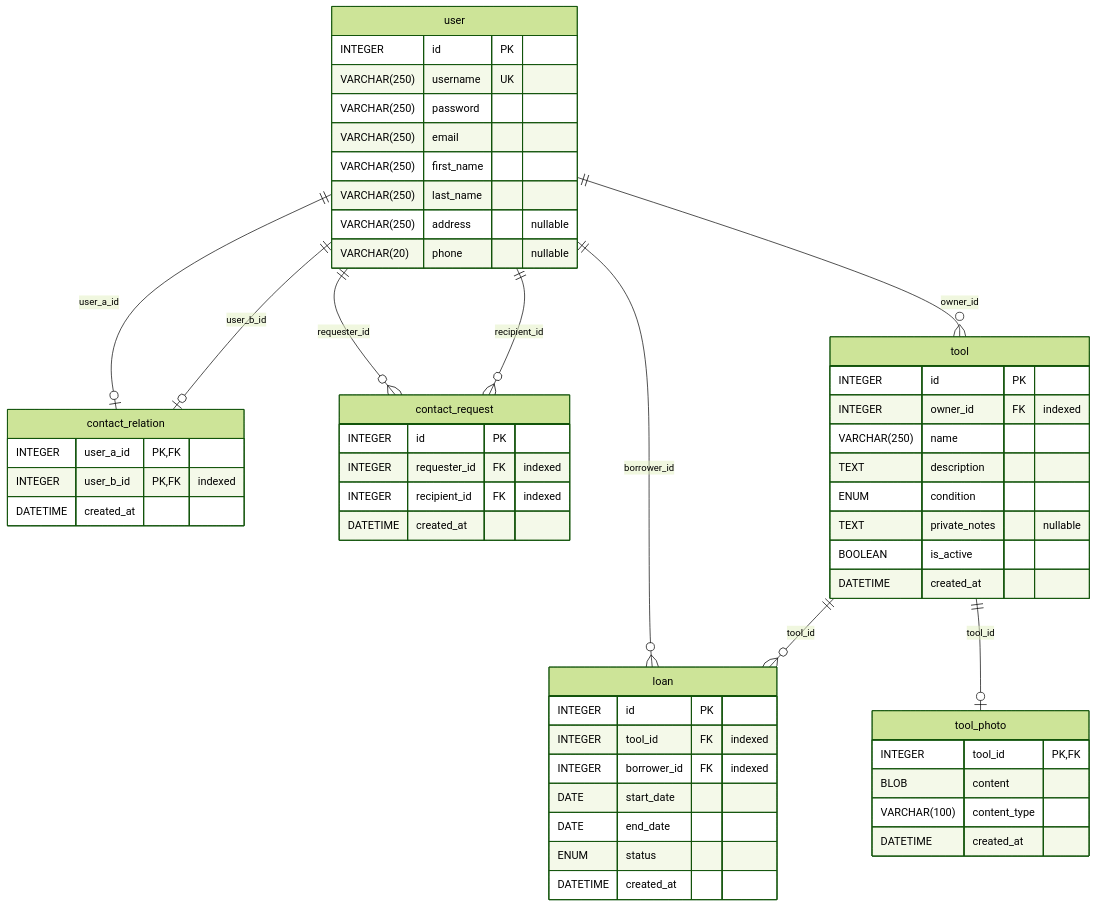
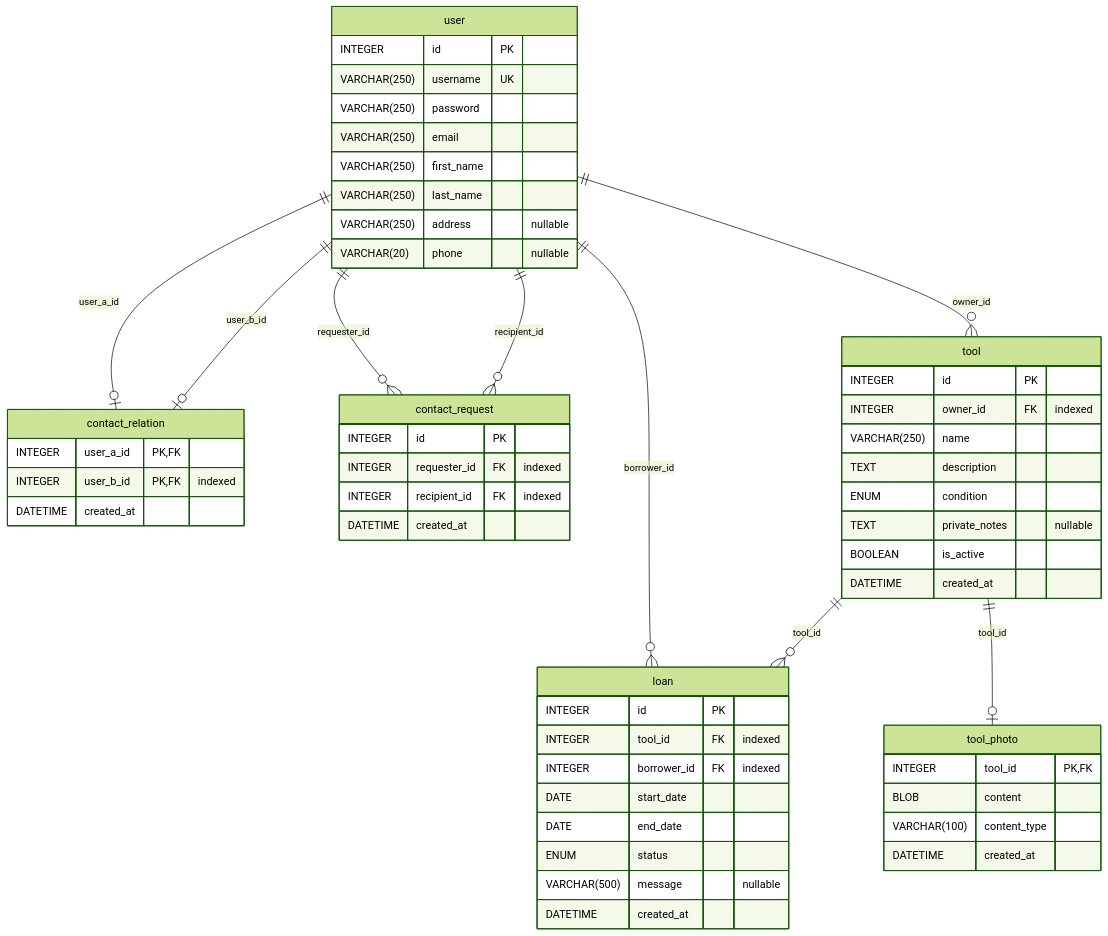
Before and after one commit to gcharland1/outillerie: the diagram in docs/schema.md, drawn with Mermaid (forest theme). The commit also changed 31 other files, not shown here.

````diff
--- a/docs/schema.md
+++ b/docs/schema.md
@@ -9,64 +9,65 @@
 ```mermaid
 erDiagram
   contact_relation {
     INTEGER user_a_id PK,FK
     INTEGER user_b_id PK,FK "indexed"
     DATETIME created_at
   }
 
   contact_request {
     INTEGER id PK
     INTEGER requester_id FK "indexed"
     INTEGER recipient_id FK "indexed"
     DATETIME created_at
   }
 
   loan {
     INTEGER id PK
     INTEGER tool_id FK "indexed"
     INTEGER borrower_id FK "indexed"
     DATE start_date
     DATE end_date
     ENUM status
+    VARCHAR(500) message "nullable"
     DATETIME created_at
   }
 
   tool {
     INTEGER id PK
     INTEGER owner_id FK "indexed"
     VARCHAR(250) name
     TEXT description
     ENUM condition
     TEXT private_notes "nullable"
     BOOLEAN is_active
     DATETIME created_at
   }
 
   tool_photo {
     INTEGER tool_id PK,FK
     BLOB content
     VARCHAR(100) content_type
     DATETIME created_at
   }
 
   user {
     INTEGER id PK
     VARCHAR(250) username UK
     VARCHAR(250) password
     VARCHAR(250) email
     VARCHAR(250) first_name
     VARCHAR(250) last_name
     VARCHAR(250) address "nullable"
     VARCHAR(20) phone "nullable"
   }
 
   user ||--o| contact_relation : user_a_id
   user ||--o| contact_relation : user_b_id
   user ||--o{ contact_request : requester_id
   user ||--o{ contact_request : recipient_id
   tool ||--o{ loan : tool_id
   user ||--o{ loan : borrower_id
   user ||--o{ tool : owner_id
   tool ||--o| tool_photo : tool_id
 
 ```
````
